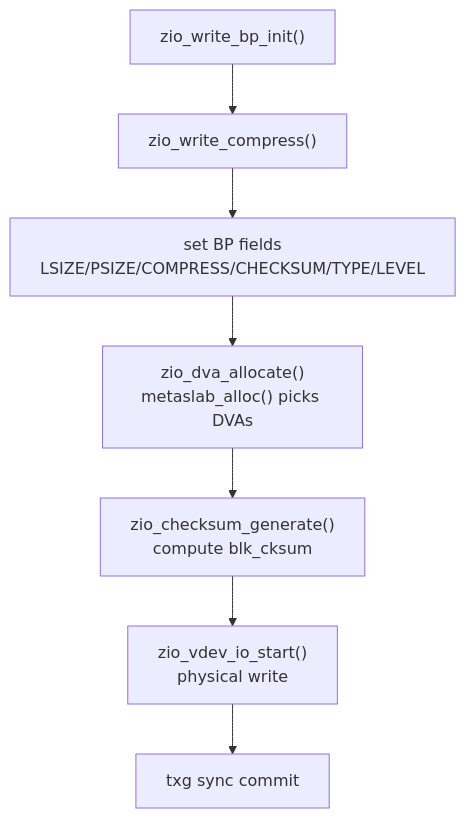
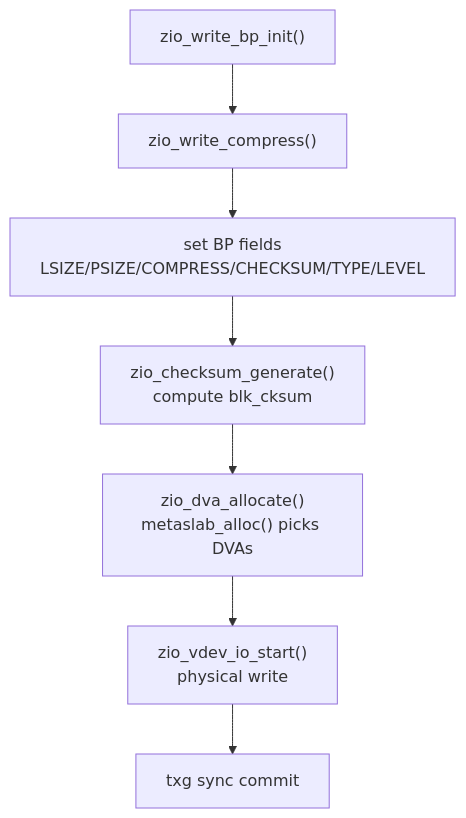
The second of 3 diagrams in docs/04-block-pointers.md (mminkus/zfs-codebase), drawn with Mermaid before and after one commit. The commit also changed other lines of this file and 3 other files, not shown here.

````diff
--- a/docs/04-block-pointers.md
+++ b/docs/04-block-pointers.md
@@ -174,9 +179,9 @@
 ```mermaid
 flowchart TD
     A["zio_write_bp_init()"] --> B["zio_write_compress()"]
     B --> C["set BP fields<br/>LSIZE/PSIZE/COMPRESS/CHECKSUM/TYPE/LEVEL"]
-    C --> D["zio_dva_allocate()<br/>metaslab_alloc() picks DVAs"]
-    D --> E["zio_checksum_generate()<br/>compute blk_cksum"]
+    C --> D["zio_checksum_generate()<br/>compute blk_cksum"]
+    D --> E["zio_dva_allocate()<br/>metaslab_alloc() picks DVAs"]
     E --> F["zio_vdev_io_start()<br/>physical write"]
     F --> G["txg sync commit"]
 ```
````
